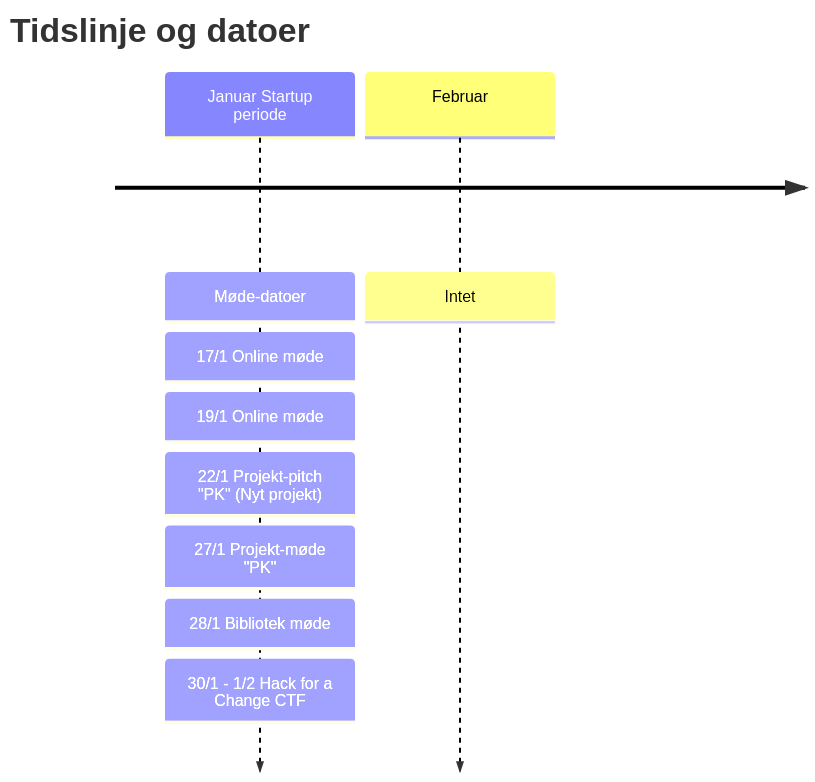
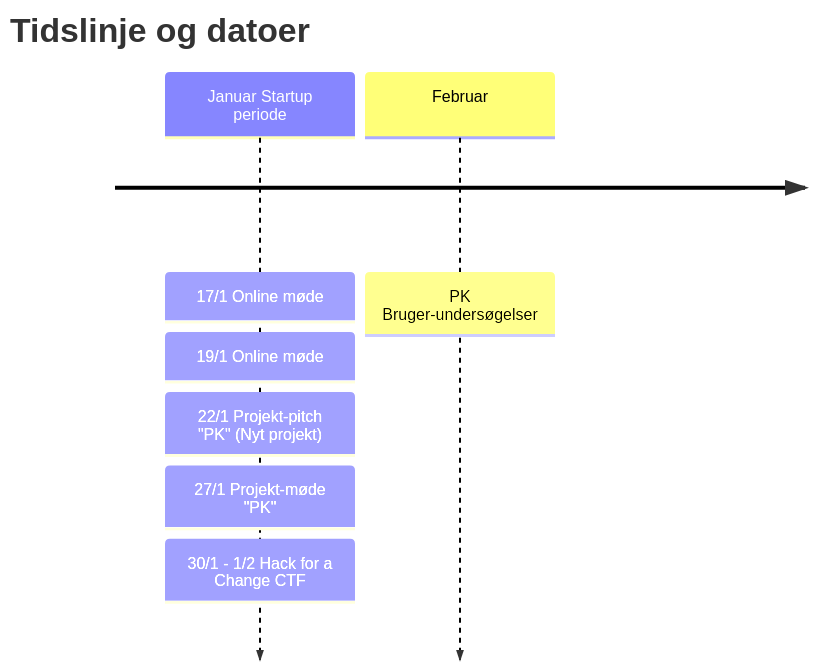
The diagram in README.md (Rosenorn-Solutions/Praktik_Opgaver), drawn with Mermaid before and after one commit. The commit also changed other lines of this file and 1 other file, not shown here.

````diff
--- a/README.md
+++ b/README.md
@@ -34,12 +34,13 @@
 ```mermaid
 timeline
     title Tidslinje og datoer
-    Januar Startup periode : Møde-datoer 
+    Januar Startup periode  
         : 17/1 Online møde
         : 19/1 Online møde
         : 22/1 Projekt-pitch "PK" (Nyt projekt)
         : 27/1 Projekt-møde "PK" 
-        : 28/1 Bibliotek møde
         : 30/1 - 1/2 Hack for a Change CTF
-    Februar : Intet 
+    Februar 
+        : PK Bruger-undersøgelser
+        
 ```
````
